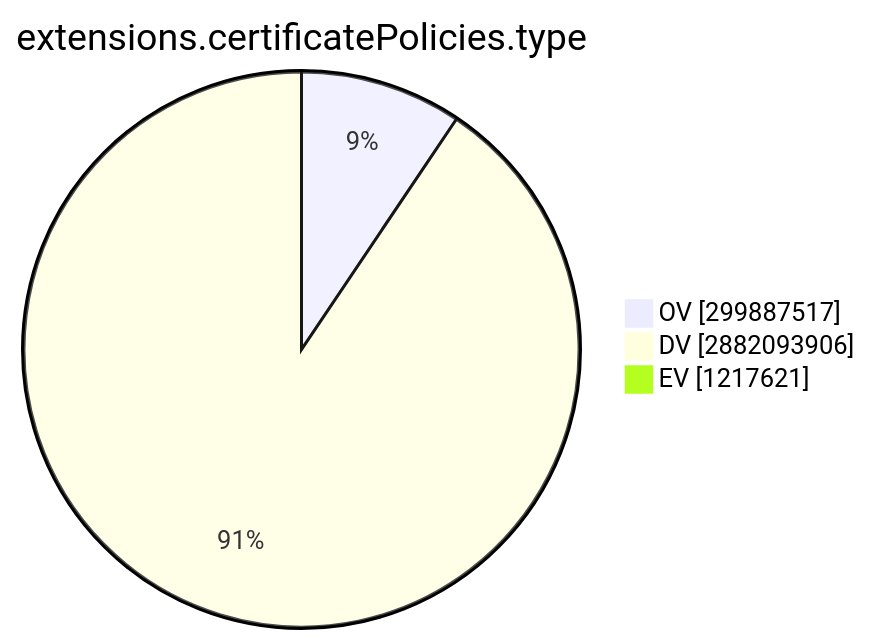
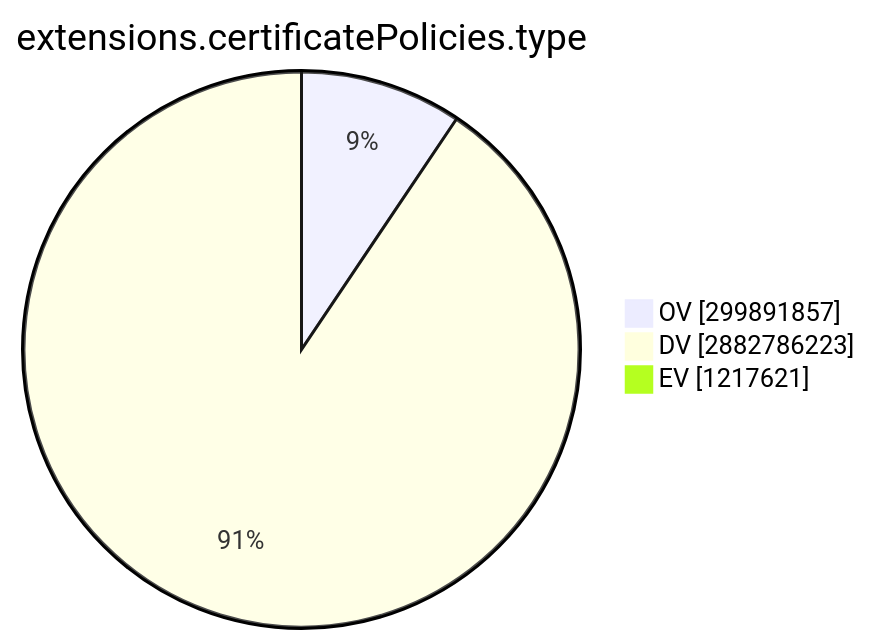
One commit to christiankrug/ctmonitor_visualization changed the ninth of 15 diagrams in TOTAL/README.md. Above: the diagram before and after it, drawn with Mermaid. The commit also changed other lines of this file, not shown here.

````diff
--- a/TOTAL/README.md
+++ b/TOTAL/README.md
@@ -3101,7 +3101,7 @@
 ```mermaid
 pie showData
 title extensions.certificatePolicies.type
-"OV" :299887517
-"DV" :2882093906
+"OV" :299891857
+"DV" :2882786223
 "EV" :1217621
 ```
````
